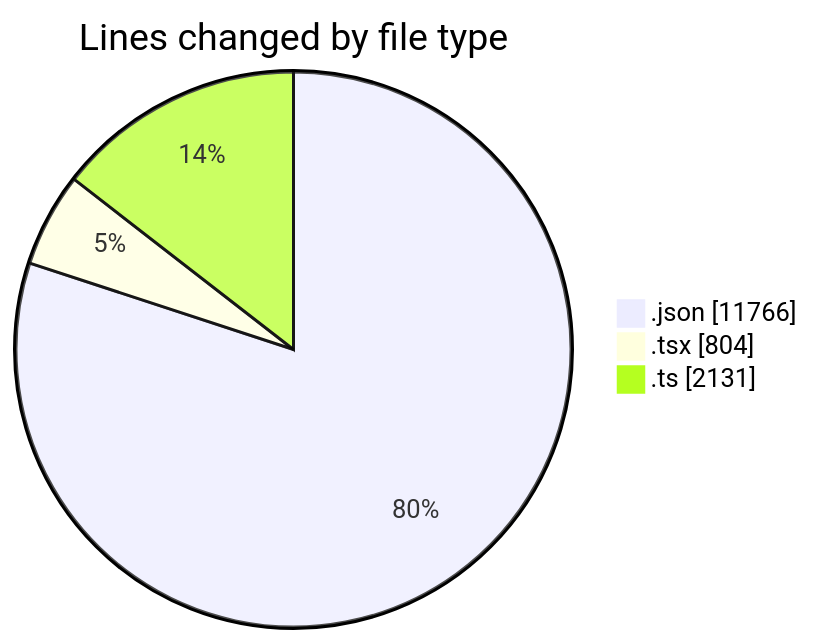
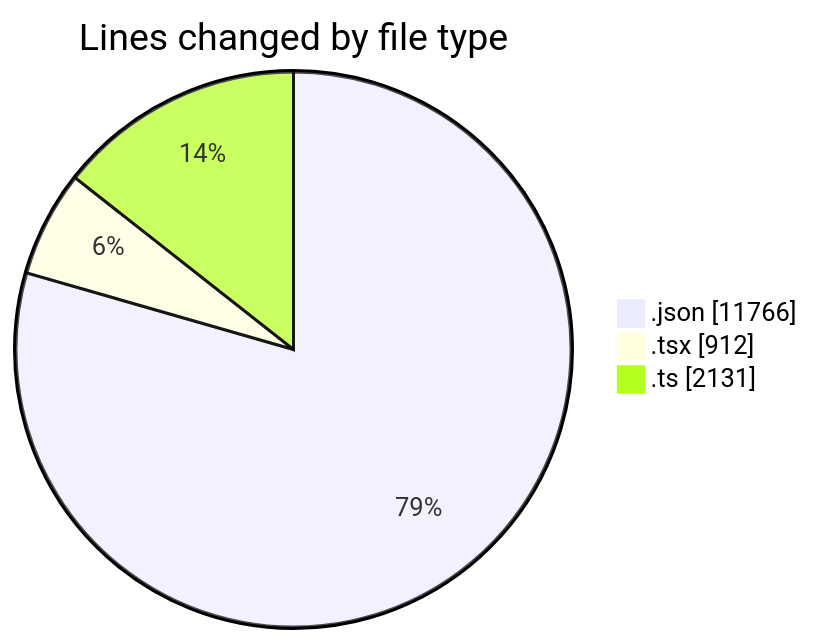
The first of 2 diagrams in 2026-04-16/airfeed-analytics-dashboard/README.md (nxtqubesakshisongat/code-tracking), drawn with Mermaid before and after one commit. The commit also changed other lines of this file and 1 other file, not shown here.

````diff
--- a/2026-04-16/airfeed-analytics-dashboard/README.md
+++ b/2026-04-16/airfeed-analytics-dashboard/README.md
@@ -31,7 +31,7 @@
 ```mermaid
 pie showData
 title Lines changed by file type
 ".json" : 11766
-".tsx" : 804
+".tsx" : 912
 ".ts" : 2131
 ```
````
